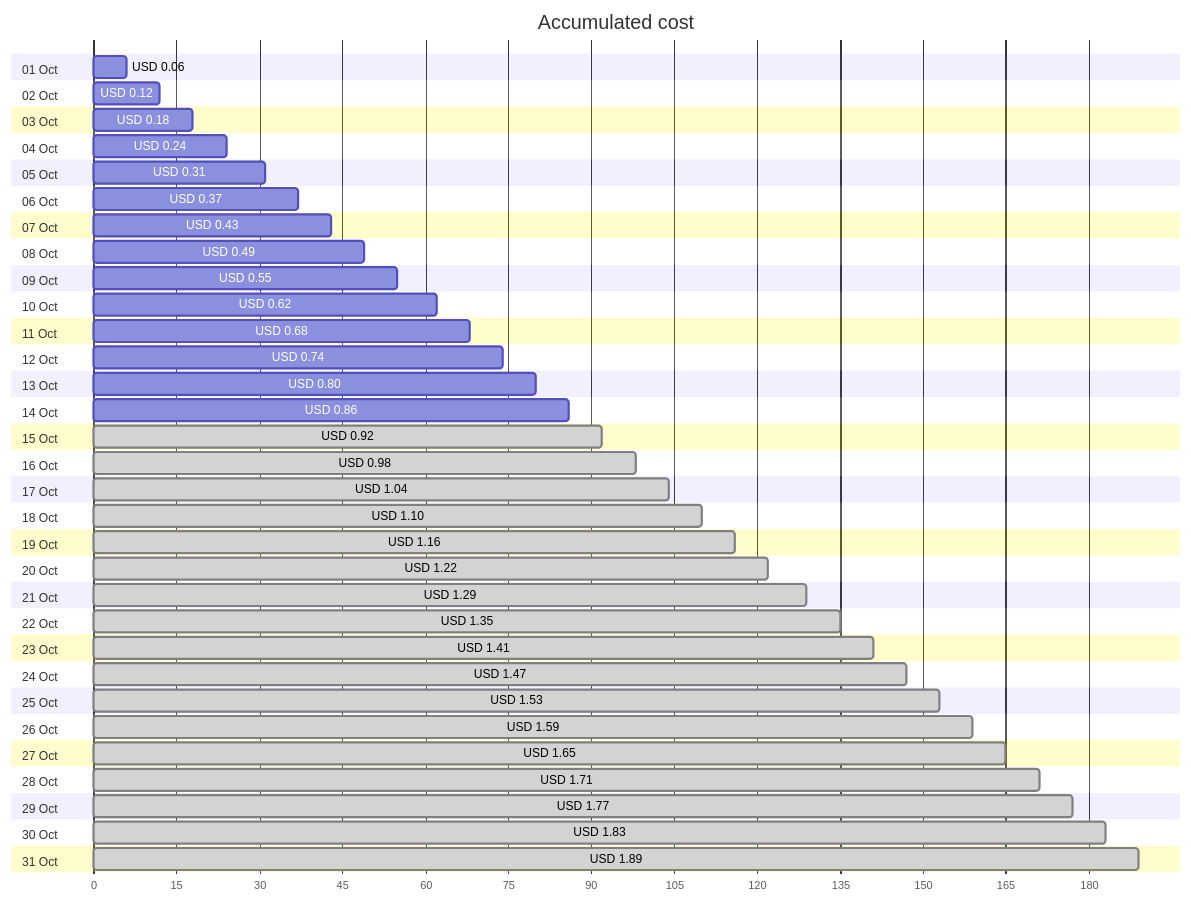
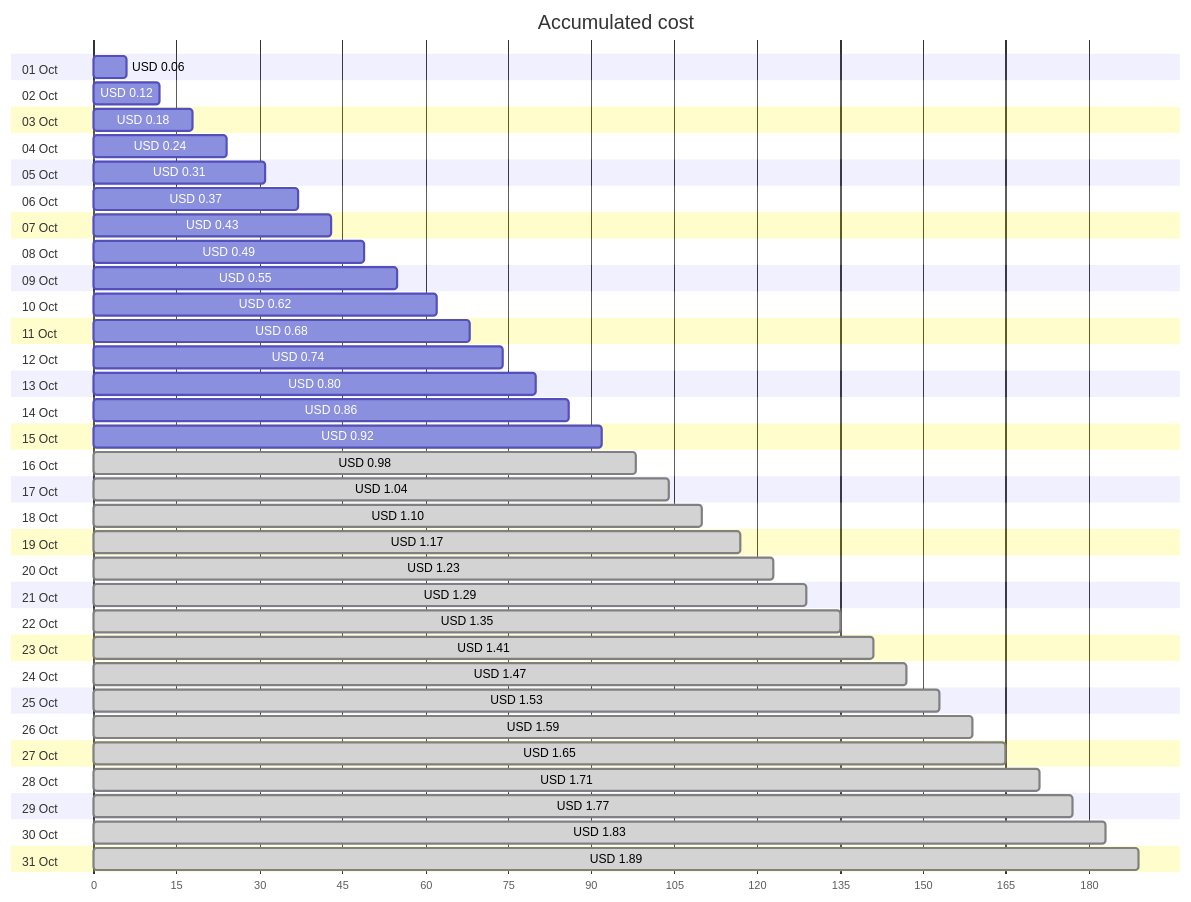
The first of 4 diagrams in cost-reports/personal-network/backup-server_OsDisk.md (jpfulton/azure-personal-reports), drawn with Mermaid before and after one commit. The commit also changed other lines of this file and 8 other files, not shown here.

````diff
--- a/cost-reports/personal-network/backup-server_OsDisk.md
+++ b/cost-reports/personal-network/backup-server_OsDisk.md
@@ -20,68 +20,68 @@
 ```mermaid
 gantt
    title Accumulated cost
    dateFormat  X
    axisFormat %s
    section 01 Oct
    USD 0.06 :0, 6
    section 02 Oct
    USD 0.12 :0, 12
    section 03 Oct
    USD 0.18 :0, 18
    section 04 Oct
    USD 0.24 :0, 24
    section 05 Oct
    USD 0.31 :0, 31
    section 06 Oct
    USD 0.37 :0, 37
    section 07 Oct
    USD 0.43 :0, 43
    section 08 Oct
    USD 0.49 :0, 49
    section 09 Oct
    USD 0.55 :0, 55
    section 10 Oct
    USD 0.62 :0, 62
    section 11 Oct
    USD 0.68 :0, 68
    section 12 Oct
    USD 0.74 :0, 74
    section 13 Oct
    USD 0.80 :0, 80
    section 14 Oct
    USD 0.86 :0, 86
    section 15 Oct
-   USD 0.92 : done, 0, 92
+   USD 0.92 :0, 92
    section 16 Oct
    USD 0.98 : done, 0, 98
    section 17 Oct
    USD 1.04 : done, 0, 104
    section 18 Oct
    USD 1.10 : done, 0, 110
    section 19 Oct
-   USD 1.16 : done, 0, 116
+   USD 1.17 : done, 0, 117
    section 20 Oct
-   USD 1.22 : done, 0, 122
+   USD 1.23 : done, 0, 123
    section 21 Oct
    USD 1.29 : done, 0, 129
    section 22 Oct
    USD 1.35 : done, 0, 135
    section 23 Oct
    USD 1.41 : done, 0, 141
    section 24 Oct
    USD 1.47 : done, 0, 147
    section 25 Oct
    USD 1.53 : done, 0, 153
    section 26 Oct
    USD 1.59 : done, 0, 159
    section 27 Oct
    USD 1.65 : done, 0, 165
    section 28 Oct
    USD 1.71 : done, 0, 171
    section 29 Oct
    USD 1.77 : done, 0, 177
    section 30 Oct
    USD 1.83 : done, 0, 183
    section 31 Oct
    USD 1.89 : done, 0, 189
 ```
````
